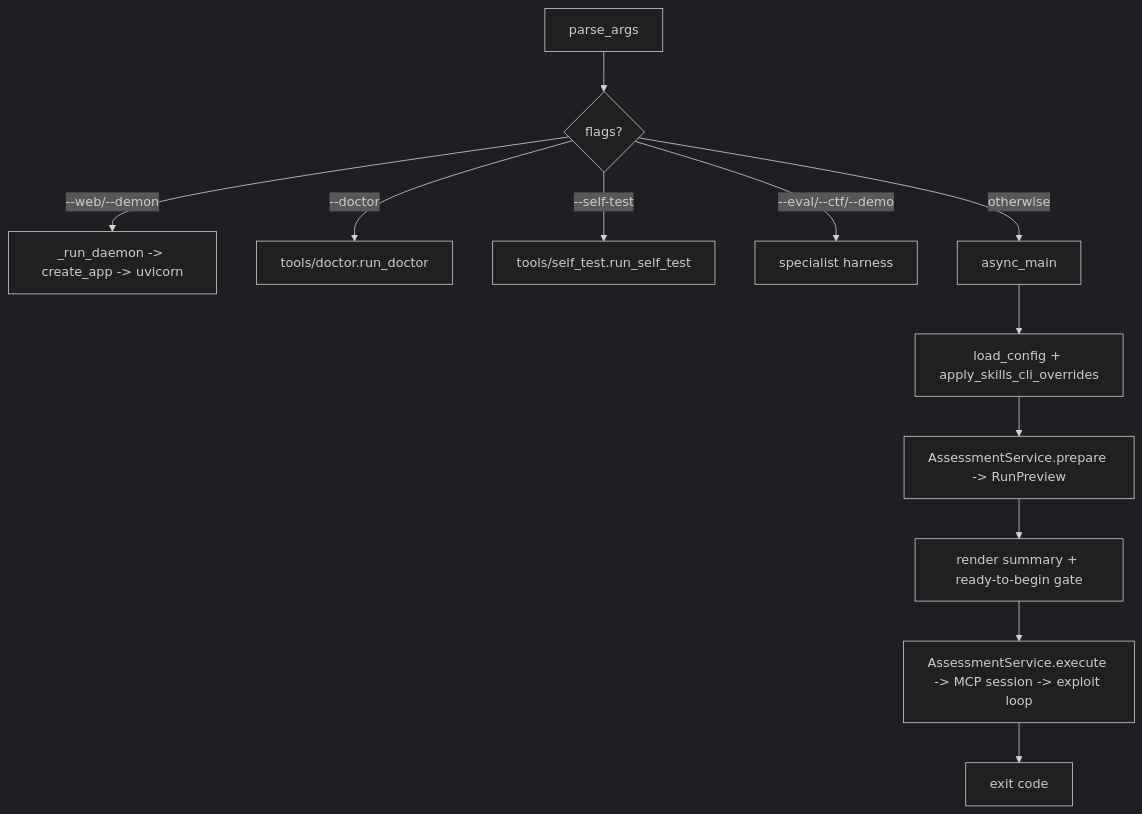
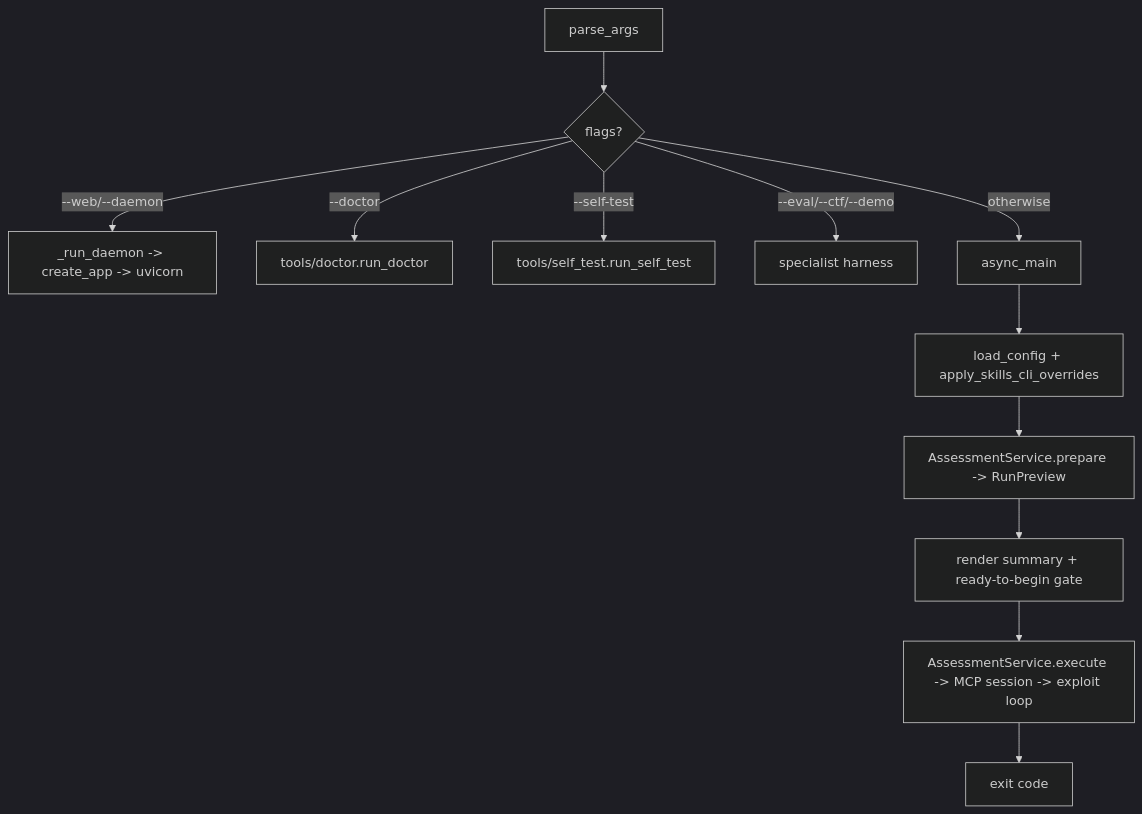
The diagram in docs/components/root/main.md (braydos-h/BreachPilot), drawn with Mermaid (dark theme) before and after one commit. The commit also changed other lines of this file and 14 other files, not shown here.

````diff
--- a/docs/components/root/main.md
+++ b/docs/components/root/main.md
@@ -120,14 +120,14 @@
 ```mermaid
 flowchart TD
     A[parse_args] --> B{flags?}
-    B -->|--web/--demon| C[_run_daemon -> create_app -> uvicorn]
+    B -->|--web/--daemon| C[_run_daemon -> create_app -> uvicorn]
     B -->|--doctor| D[tools/doctor.run_doctor]
     B -->|--self-test| E[tools/self_test.run_self_test]
     B -->|--eval/--ctf/--demo| F[specialist harness]
     B -->|otherwise| G[async_main]
     G --> H[load_config + apply_skills_cli_overrides]
     H --> I[AssessmentService.prepare -> RunPreview]
     I --> J[render summary + ready-to-begin gate]
     J --> K[AssessmentService.execute -> MCP session -> exploit loop]
     K --> L[exit code]
 ```
````
